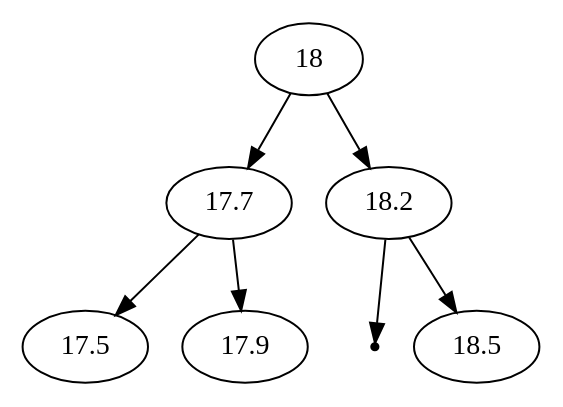
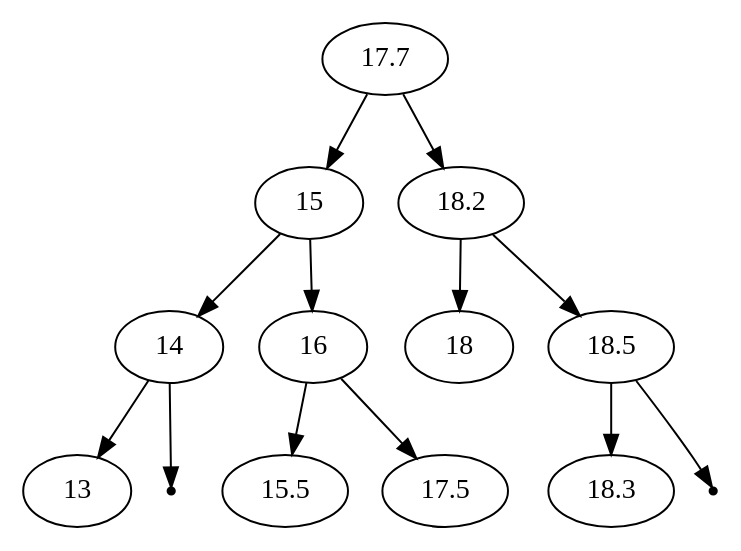
One commit to muniri92/Data-Structures-2.0 changed the diagram in graph.gv. Above: the diagram before and after it, drawn with Graphviz. The commit also changed 2 other files, not shown here.

```diff
--- a/graph.gv
+++ b/graph.gv
@@ -1,10 +1,17 @@
 digraph G{
-	18;
-	18 -> 17.7;
-	17.7 -> 17.5;
-	17.7 -> 17.9;
-	18 -> 18.2;
-	null395834607 [shape=point];
-	18.2 -> null395834607;
+	17.7;
+	17.7 -> 15;
+	15 -> 14;
+	14 -> 13;
+	null152374226 [shape=point];
+	14 -> null152374226;
+	15 -> 16;
+	16 -> 15.5;
+	16 -> 17.5;
+	17.7 -> 18.2;
+	18.2 -> 18;
 	18.2 -> 18.5;
+	18.5 -> 18.3;
+	null696393689 [shape=point];
+	18.5 -> null696393689;
 }
```
